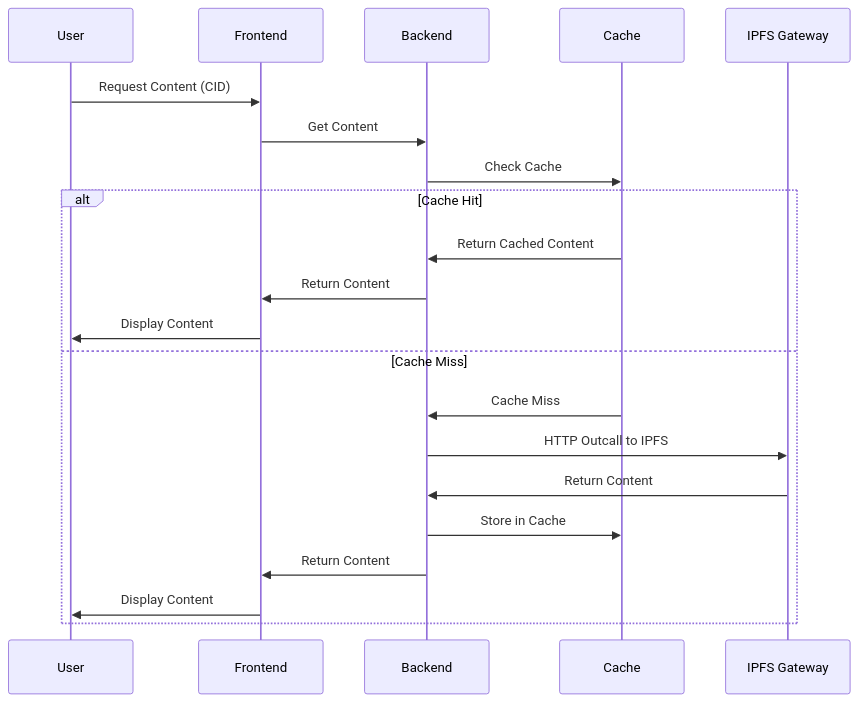
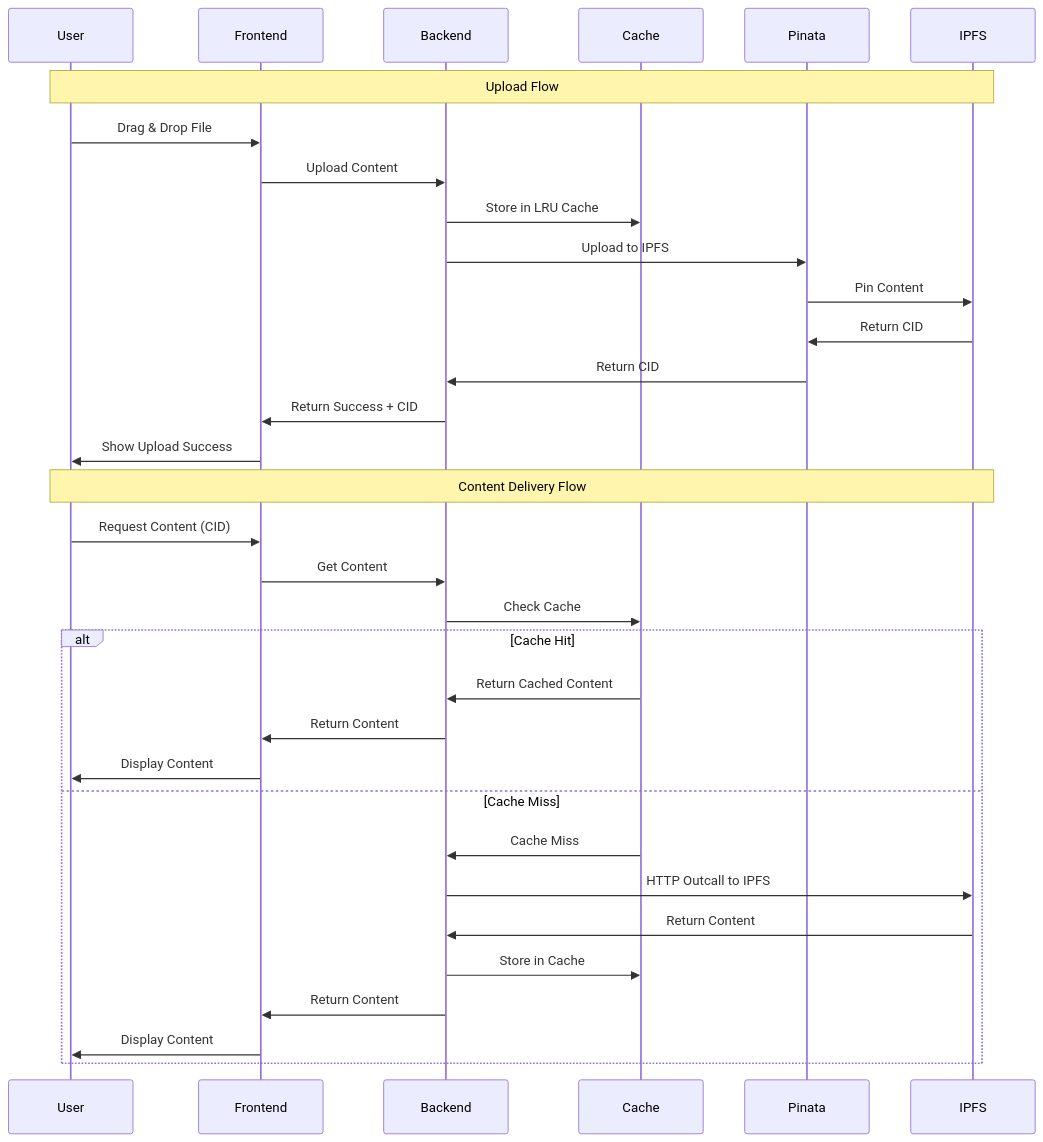
One commit to Blessan-Alex/ICP-CDN changed the second of 3 diagrams in docs/DIAGRAMS.md. Above: the diagram before and after it, drawn with Mermaid. The commit also changed other lines of this file and 9 other files, not shown here.

````diff
--- a/docs/DIAGRAMS.md
+++ b/docs/DIAGRAMS.md
@@ -158,24 +45,37 @@
 ```mermaid
 sequenceDiagram
     participant U as User
     participant F as Frontend
     participant B as Backend
     participant C as Cache
-    participant I as IPFS Gateway
+    participant P as Pinata
+    participant I as IPFS
     
+    Note over U,I: Upload Flow
+    U->>F: Drag & Drop File
+    F->>B: Upload Content
+    B->>C: Store in LRU Cache
+    B->>P: Upload to IPFS
+    P->>I: Pin Content
+    I->>P: Return CID
+    P->>B: Return CID
+    B->>F: Return Success + CID
+    F->>U: Show Upload Success
+    
+    Note over U,I: Content Delivery Flow
     U->>F: Request Content (CID)
     F->>B: Get Content
     B->>C: Check Cache
     alt Cache Hit
         C->>B: Return Cached Content
         B->>F: Return Content
         F->>U: Display Content
     else Cache Miss
         C->>B: Cache Miss
         B->>I: HTTP Outcall to IPFS
         I->>B: Return Content
         B->>C: Store in Cache
         B->>F: Return Content
         F->>U: Display Content
     end
 ```
````
